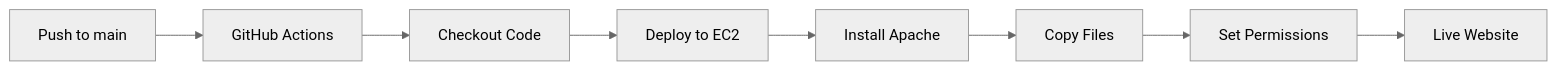
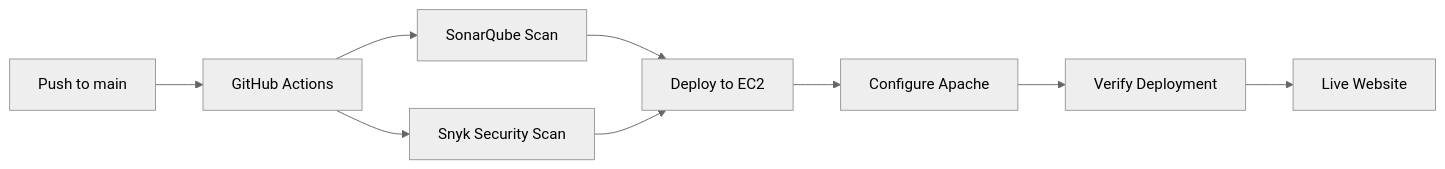
The diagram in README.md (Edwendy/deploy-webapp-ec2), drawn with Mermaid (neutral theme) before and after one commit. The commit also changed other lines of this file, not shown here.

````diff
--- a/README.md
+++ b/README.md
@@ -144,10 +147,11 @@
 ```mermaid
 graph LR
     A[Push to main] --> B[GitHub Actions]
-    B --> C[Checkout Code]
-    C --> D[Deploy to EC2]
-    D --> E[Install Apache]
-    E --> F[Copy Files]
-    F --> G[Set Permissions]
+    B --> C[SonarQube Scan]
+    B --> D[Snyk Security Scan]
+    C --> E[Deploy to EC2]
+    D --> E
+    E --> F[Configure Apache]
+    F --> G[Verify Deployment]
     G --> H[Live Website]
 ```
````
